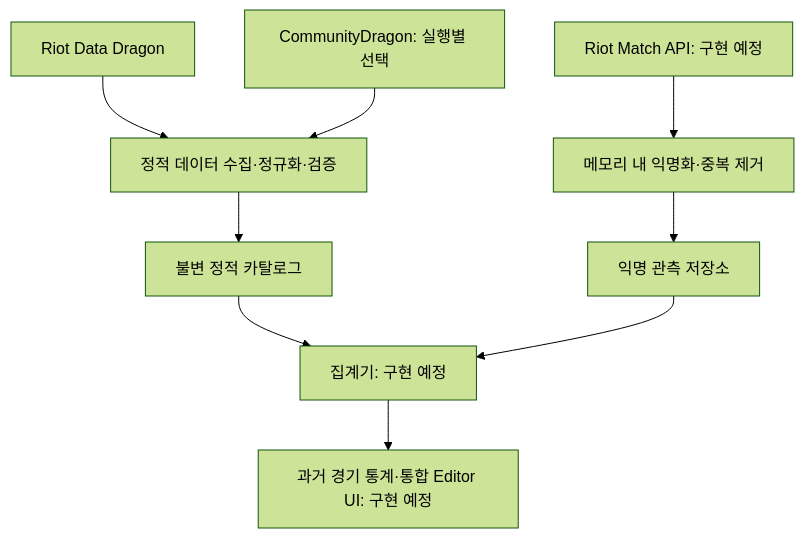
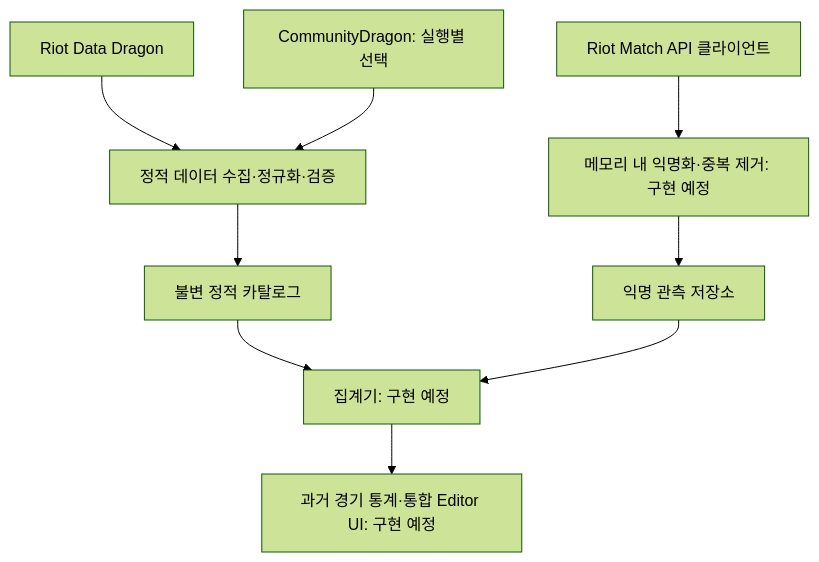
Before and after one commit to Ghyeok/TFTDataAnalyzer: the diagram in README.md, drawn with Mermaid (forest theme). The commit also changed other lines of this file and 33 other files, not shown here.

Commit message:
feat: add key-safe Riot match API client

````diff
--- a/README.md
+++ b/README.md
@@ -55,11 +55,11 @@
 ```mermaid
 flowchart TD
     A[Riot Data Dragon] --> C[정적 데이터 수집·정규화·검증]
     B[CommunityDragon: 실행별 선택] --> C
     C --> D[불변 정적 카탈로그]
-    E[Riot Match API: 구현 예정] --> F[메모리 내 익명화·중복 제거]
+    E[Riot Match API 클라이언트] --> F[메모리 내 익명화·중복 제거: 구현 예정]
     F --> G[익명 관측 저장소]
     D --> H[집계기: 구현 예정]
     G --> H
     H --> I[과거 경기 통계·통합 Editor UI: 구현 예정]
 ```
````
